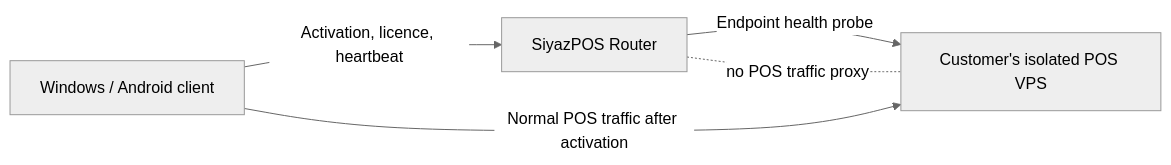
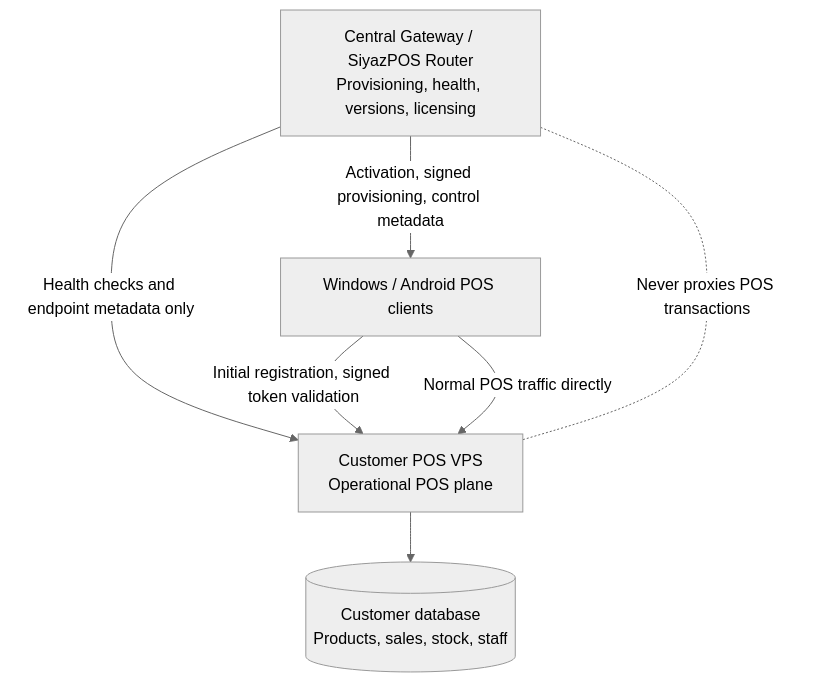
One commit to nexgendev421/client-gateway changed the diagram in docs/ARCHITECTURE.md. Above: the diagram before and after it, drawn with Mermaid (neutral theme). The commit also changed other lines of this file and 3 other files, not shown here.

Commit message:
Add autonomous build roadmap and repository guidance

````diff
--- a/docs/ARCHITECTURE.md
+++ b/docs/ARCHITECTURE.md
@@ -26,7 +29,13 @@
 ```mermaid
-flowchart LR
-    Client[Windows / Android client] -->|Activation, licence, heartbeat| Router[SiyazPOS Router]
-    Router -->|Endpoint health probe| Pos[Customer's isolated POS VPS]
-    Client -->|Normal POS traffic after activation| Pos
-    Router -. no POS traffic proxy .- Pos
+flowchart TB
+    Gateway[Central Gateway / SiyazPOS Router<br/>Provisioning, health, versions, licensing]
+    Pos[Customer POS VPS<br/>Operational POS plane]
+    DB[(Customer database<br/>Products, sales, stock, staff)]
+    Client[Windows / Android POS clients]
+    Gateway -->|Activation, signed provisioning, control metadata| Client
+    Gateway -->|Health checks and endpoint metadata only| Pos
+    Client -->|Initial registration, signed token validation| Pos
+    Client -->|Normal POS traffic directly| Pos
+    Pos --> DB
+    Gateway -. Never proxies POS transactions .- Pos
 ```
````
